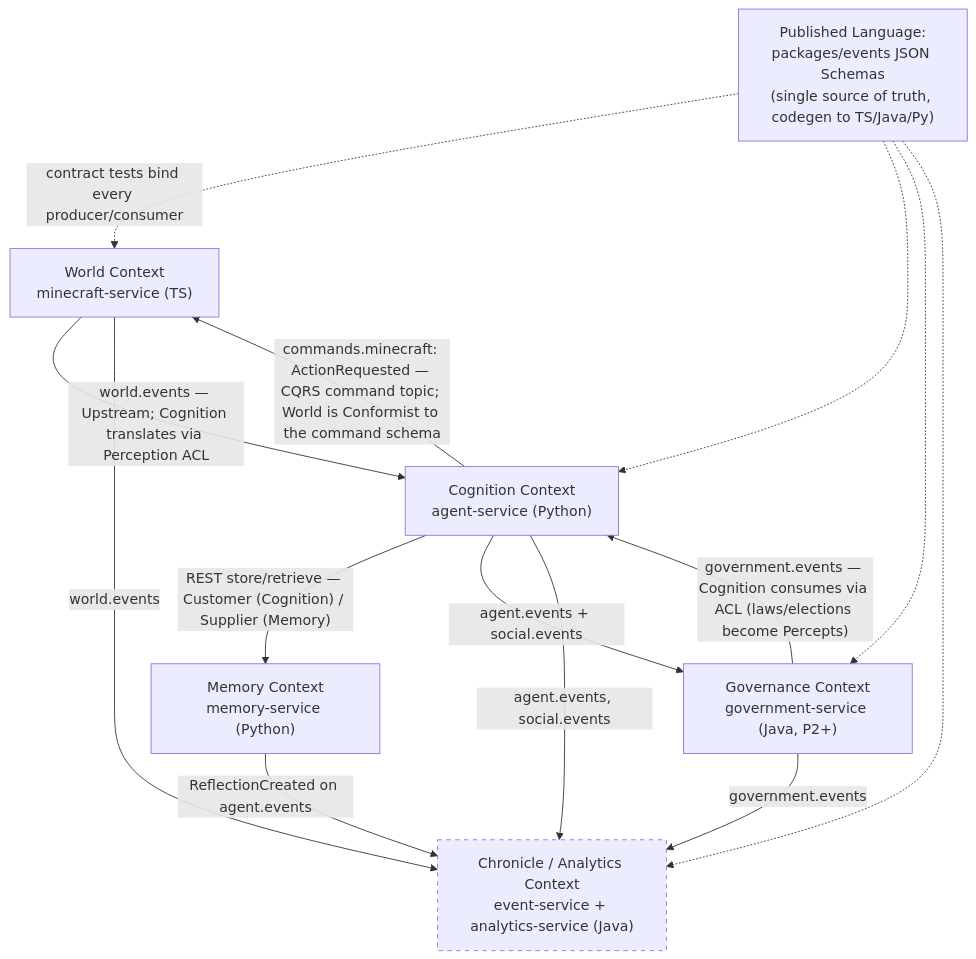
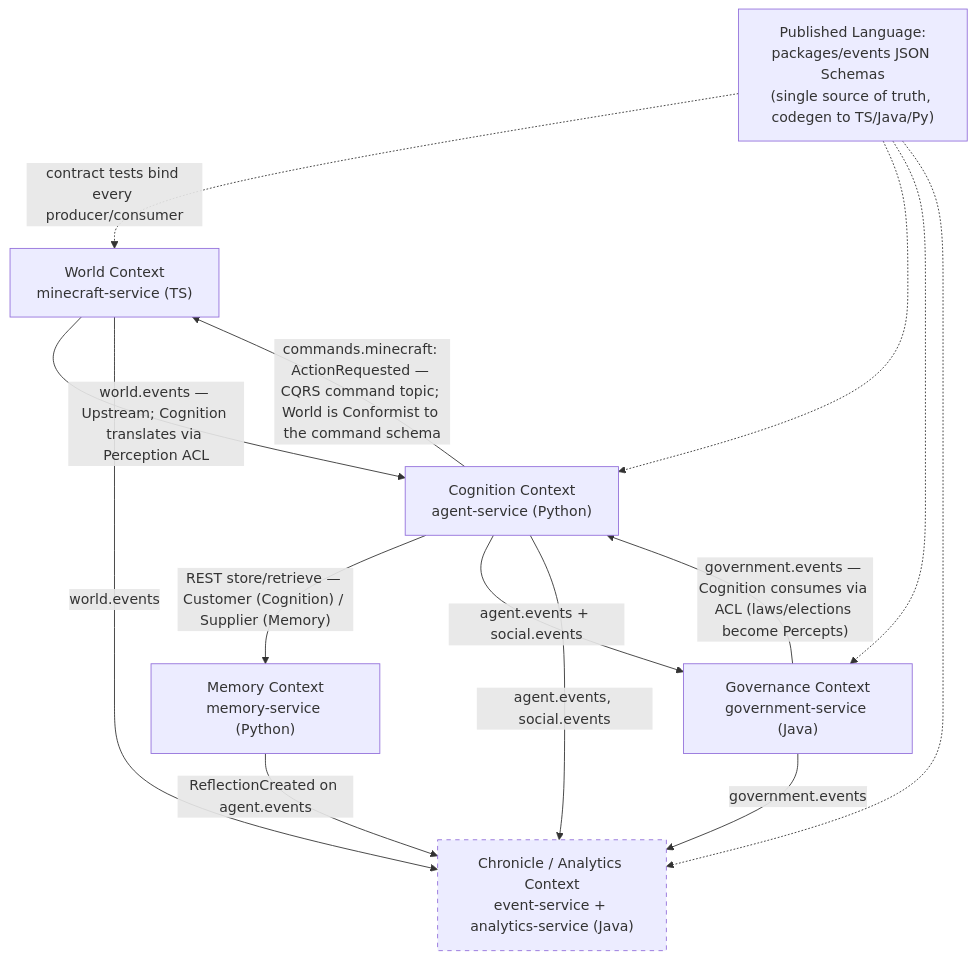
Before and after one commit to parkershamblin/ai-civilization-engine: the diagram in docs/architecture/01-domain-model.md, drawn with Mermaid. The commit also changed other lines of this file and 4 other files, not shown here.

First line of the commit message:
docs: architecture catches up to PR #37 — bottleneck fixes as actually shipped

````diff
--- a/docs/architecture/01-domain-model.md
+++ b/docs/architecture/01-domain-model.md
@@ -7,28 +7,28 @@
 ```mermaid
 flowchart TB
     PL["Published Language:<br/>packages/events JSON Schemas<br/>(single source of truth, codegen to TS/Java/Py)"]
 
     WORLD["World Context<br/>minecraft-service (TS)"]
     COG["Cognition Context<br/>agent-service (Python)"]
     MEM["Memory Context<br/>memory-service (Python)"]
-    GOV["Governance Context<br/>government-service (Java, P2+)"]
+    GOV["Governance Context<br/>government-service (Java)"]
     CHRON["Chronicle / Analytics Context<br/>event-service + analytics-service (Java)"]
 
     WORLD -->|"world.events — Upstream; Cognition translates via Perception ACL"| COG
     COG -->|"commands.minecraft: ActionRequested — CQRS command topic; World is Conformist to the command schema"| WORLD
     COG -->|"REST store/retrieve — Customer (Cognition) / Supplier (Memory)"| MEM
     MEM -->|"ReflectionCreated on agent.events"| CHRON
     COG -->|"agent.events + social.events"| GOV
     GOV -->|"government.events — Cognition consumes via ACL (laws/elections become Percepts)"| COG
 
     WORLD -->|"world.events"| CHRON
     COG -->|"agent.events, social.events"| CHRON
     GOV -->|"government.events"| CHRON
 
     PL -.->|"contract tests bind every producer/consumer"| WORLD
     PL -.-> COG
     PL -.-> GOV
     PL -.-> CHRON
 
     style CHRON stroke-dasharray: 5 5
 ```
````
